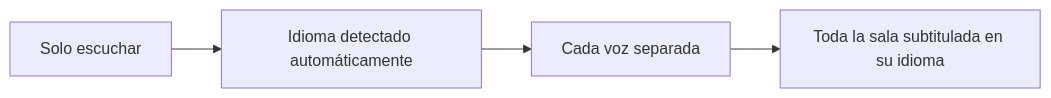
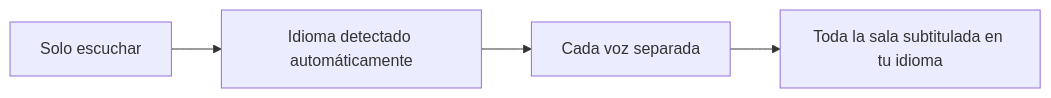
The first of 4 diagrams in README_es.md (rpalm01-star/VigilantEarLegal), drawn with Mermaid before and after one commit. The commit also changed other lines of this file and 11 other files, not shown here.

````diff
--- a/README_es.md
+++ b/README_es.md
@@ -52,4 +58,4 @@
 ```mermaid
 graph LR
-    A["Solo escuchar"] --> B["Idioma detectado automáticamente"] --> C["Cada voz separada"] --> D["Toda la sala subtitulada en su idioma"]
+    A["Solo escuchar"] --> B["Idioma detectado automáticamente"] --> C["Cada voz separada"] --> D["Toda la sala subtitulada en tu idioma"]
 ```
````
